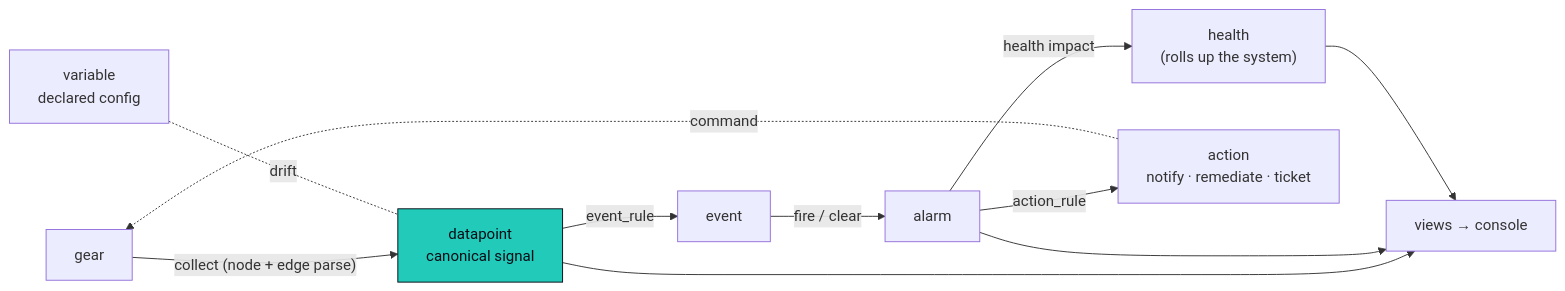
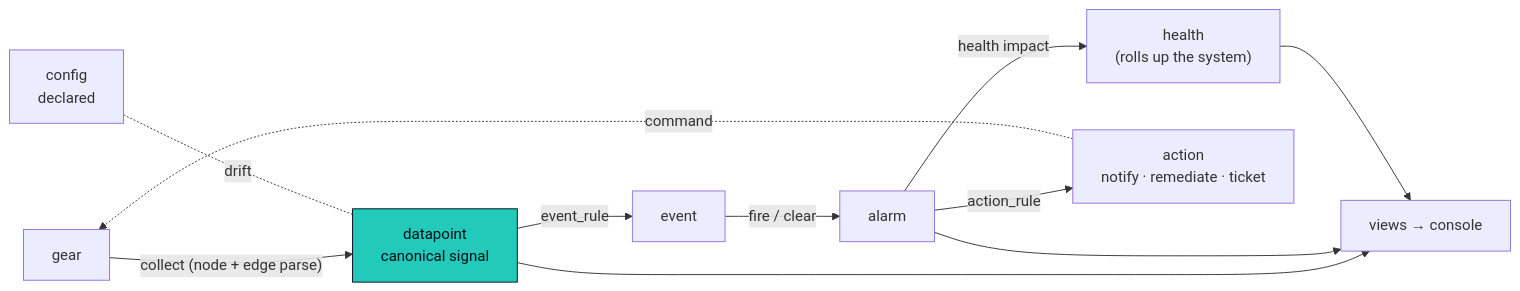
Before and after one commit to hyperscaleav/omniglass: the second of 2 diagrams in docs/src/content/docs/architecture/index.md, drawn with Mermaid. The commit also changed other lines of this file and 9 other files, not shown here.

First line of the commit message:
docs(architecture): sweep variable -> config terminology across the docs

````diff
--- a/docs/src/content/docs/architecture/index.md
+++ b/docs/src/content/docs/architecture/index.md
@@ -121,14 +122,14 @@
 ```mermaid
 flowchart LR
   G["gear"] -->|"collect (node + edge parse)"| DP["datapoint<br/>canonical signal"]
   DP -->|"event_rule"| EV["event"] -->|"fire / clear"| AL["alarm"]
   AL -->|"health impact"| H["health<br/>(rolls up the system)"]
   AL -->|"action_rule"| AC["action<br/>notify · remediate · ticket"]
   AC -.->|"command"| G
-  VAR["variable<br/>declared config"] -. "drift" .- DP
+  VAR["config<br/>declared"] -. "drift" .- DP
   DP --> VW["views → console"]
   AL --> VW
   H --> VW
   classDef k fill:#21CAB9,stroke:#080c16,color:#080c16;
   class DP k;
 ```
````
